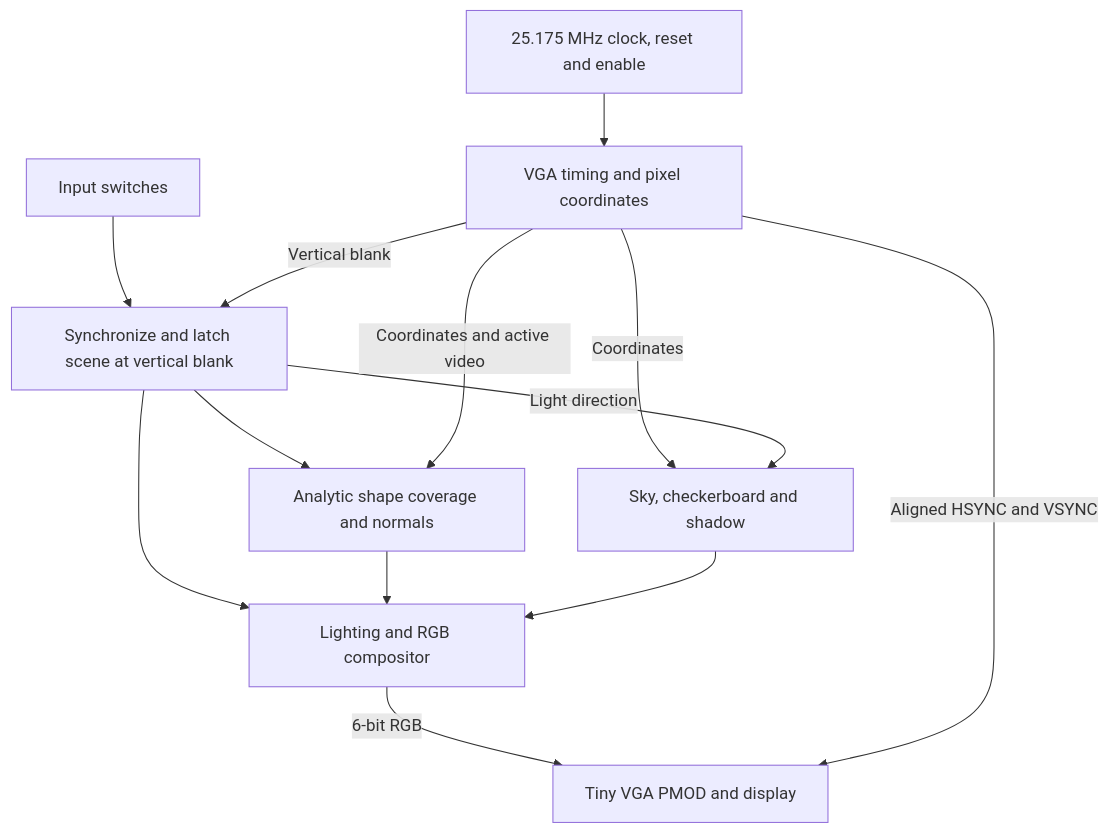
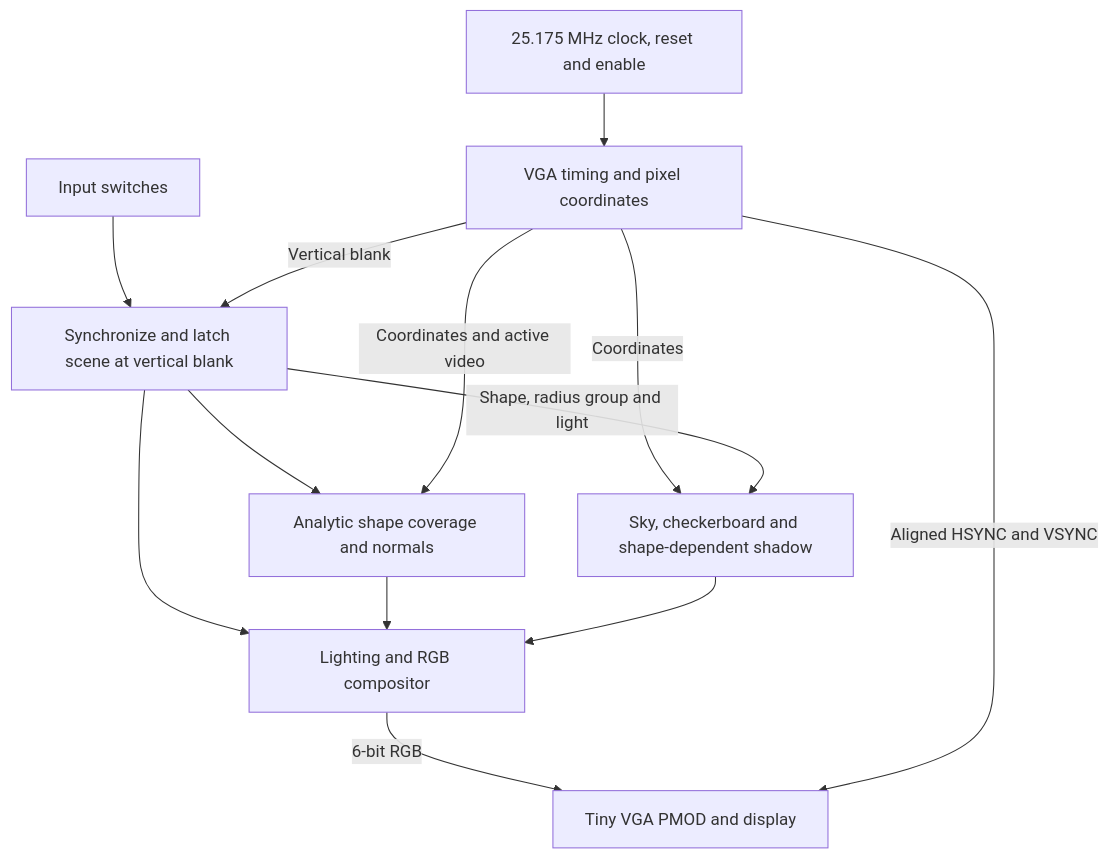
Before and after one commit to S-SUJAN-S/tt_um_rayforge_3d: the diagram in README.md, drawn with Mermaid. The commit also changed other lines of this file and 7 other files, not shown here.

````diff
--- a/README.md
+++ b/README.md
@@ -13,15 +13,15 @@
 ```mermaid
 flowchart TD
     UI["Input switches"] --> SC["Synchronize and latch scene at vertical blank"]
     CR["25.175 MHz clock, reset and enable"] --> VT["VGA timing and pixel coordinates"]
     VT -->|"Vertical blank"| SC
     SC --> GE["Analytic shape coverage and normals"]
     SC --> CO["Lighting and RGB compositor"]
     VT -->|"Coordinates and active video"| GE
-    VT -->|"Coordinates"| BG["Sky, checkerboard and shadow"]
-    SC -->|"Light direction"| BG
+    VT -->|"Coordinates"| BG["Sky, checkerboard and shape-dependent shadow"]
+    SC -->|"Shape, radius group and light"| BG
     GE --> CO
     BG --> CO
     CO -->|"6-bit RGB"| VG["Tiny VGA PMOD and display"]
     VT -->|"Aligned HSYNC and VSYNC"| VG
 ```
````
